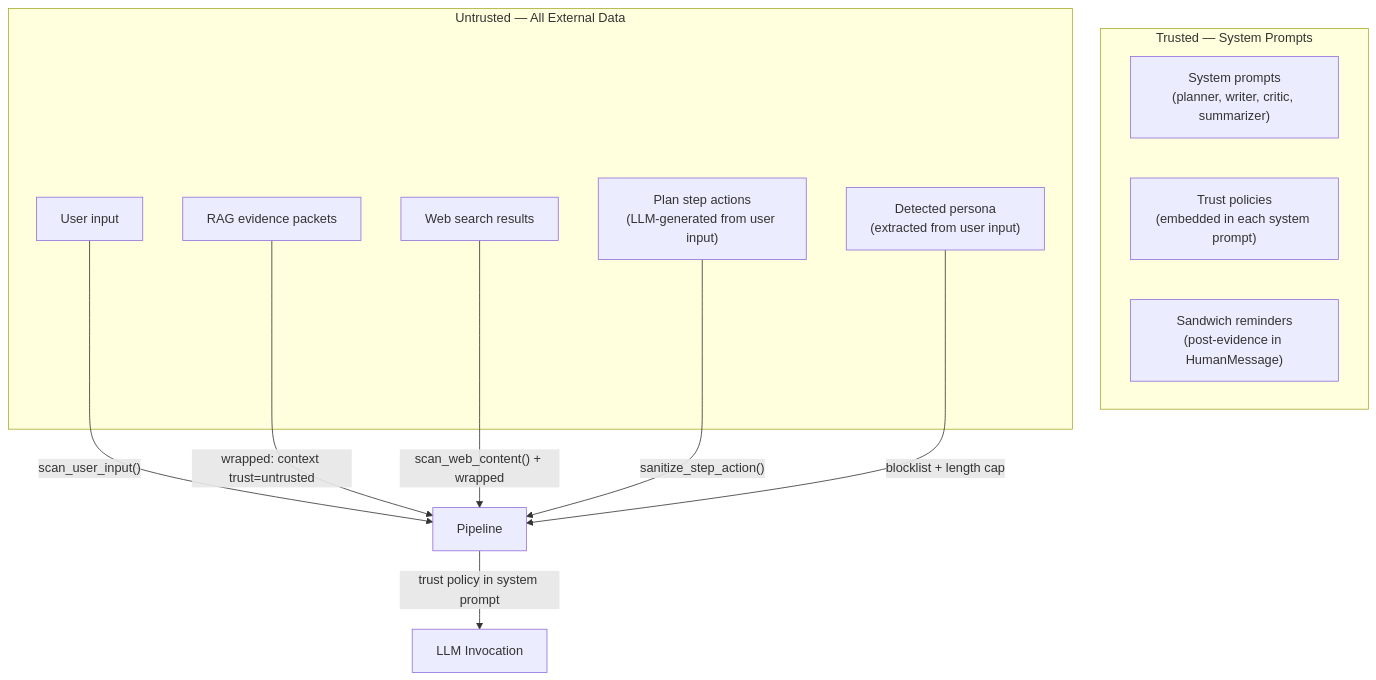
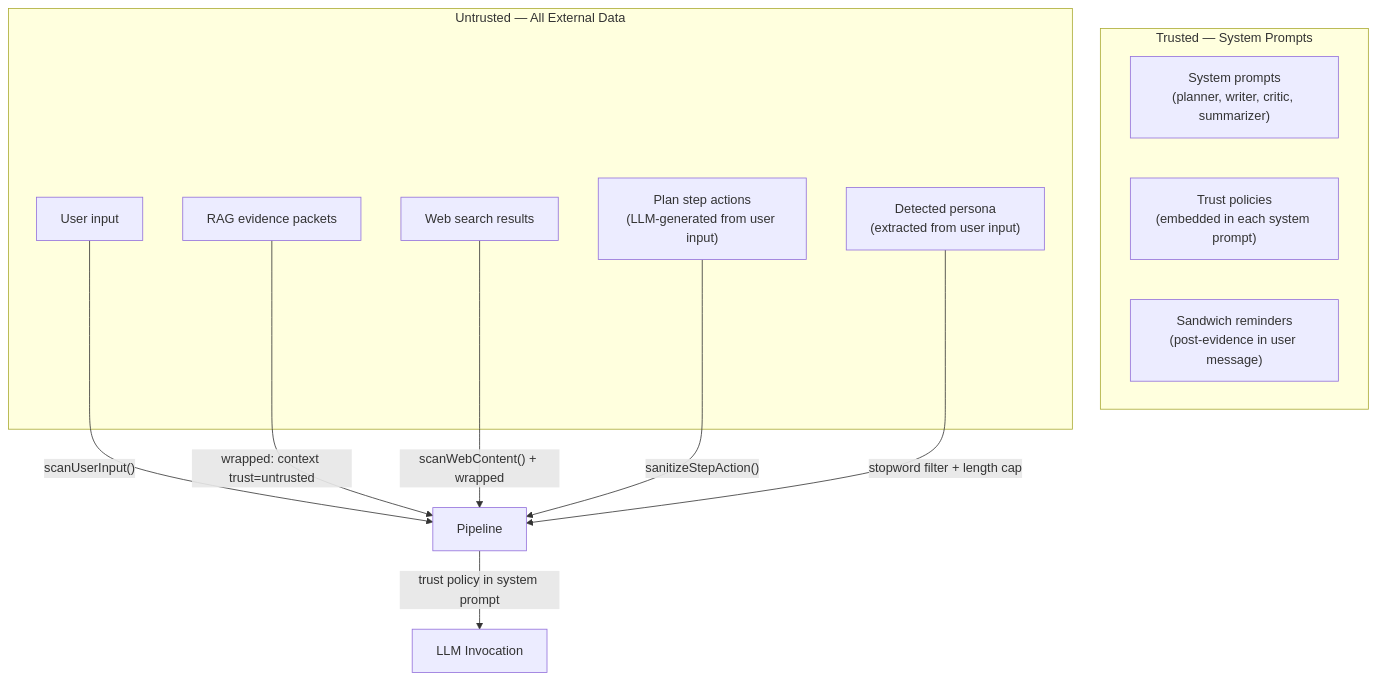
Before and after one commit to supernovae/synesis: the first of 2 diagrams in docs/SECURITY.md, drawn with Mermaid. The commit also changed other lines of this file and 15 other files, not shown here.

````diff
--- a/docs/SECURITY.md
+++ b/docs/SECURITY.md
@@ -21,23 +23,23 @@
 ```mermaid
 flowchart TD
     subgraph trusted [Trusted — System Prompts]
         SP["System prompts\n(planner, writer, critic, summarizer)"]
         TP["Trust policies\n(embedded in each system prompt)"]
-        SR["Sandwich reminders\n(post-evidence in HumanMessage)"]
+        SR["Sandwich reminders\n(post-evidence in user message)"]
     end
 
     subgraph untrusted [Untrusted — All External Data]
         UI["User input"]
         RAG["RAG evidence packets"]
         WEB["Web search results"]
         STEP["Plan step actions\n(LLM-generated from user input)"]
         PERS["Detected persona\n(extracted from user input)"]
     end
 
-    UI -->|"scan_user_input()"| Pipeline
+    UI -->|"scanUserInput()"| Pipeline
     RAG -->|"wrapped: context trust=untrusted"| Pipeline
-    WEB -->|"scan_web_content() + wrapped"| Pipeline
-    STEP -->|"sanitize_step_action()"| Pipeline
-    PERS -->|"blocklist + length cap"| Pipeline
+    WEB -->|"scanWebContent() + wrapped"| Pipeline
+    STEP -->|"sanitizeStepAction()"| Pipeline
+    PERS -->|"stopword filter + length cap"| Pipeline
     Pipeline -->|"trust policy in system prompt"| LLM["LLM Invocation"]
 ```
````
